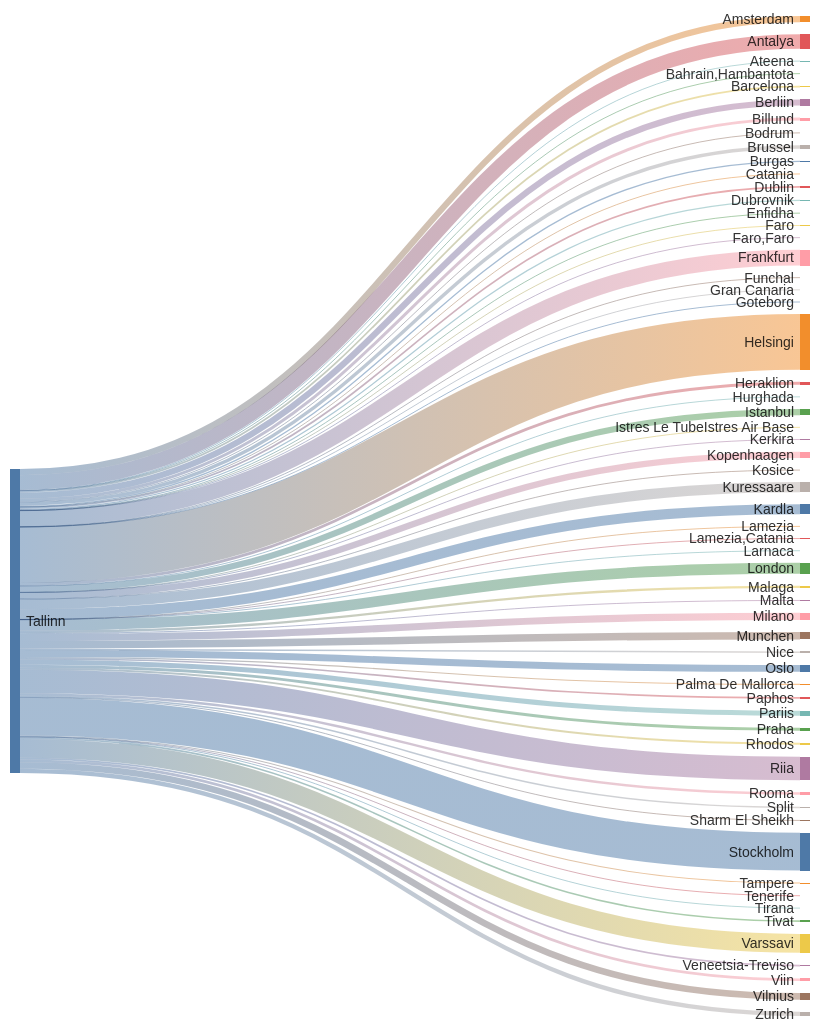
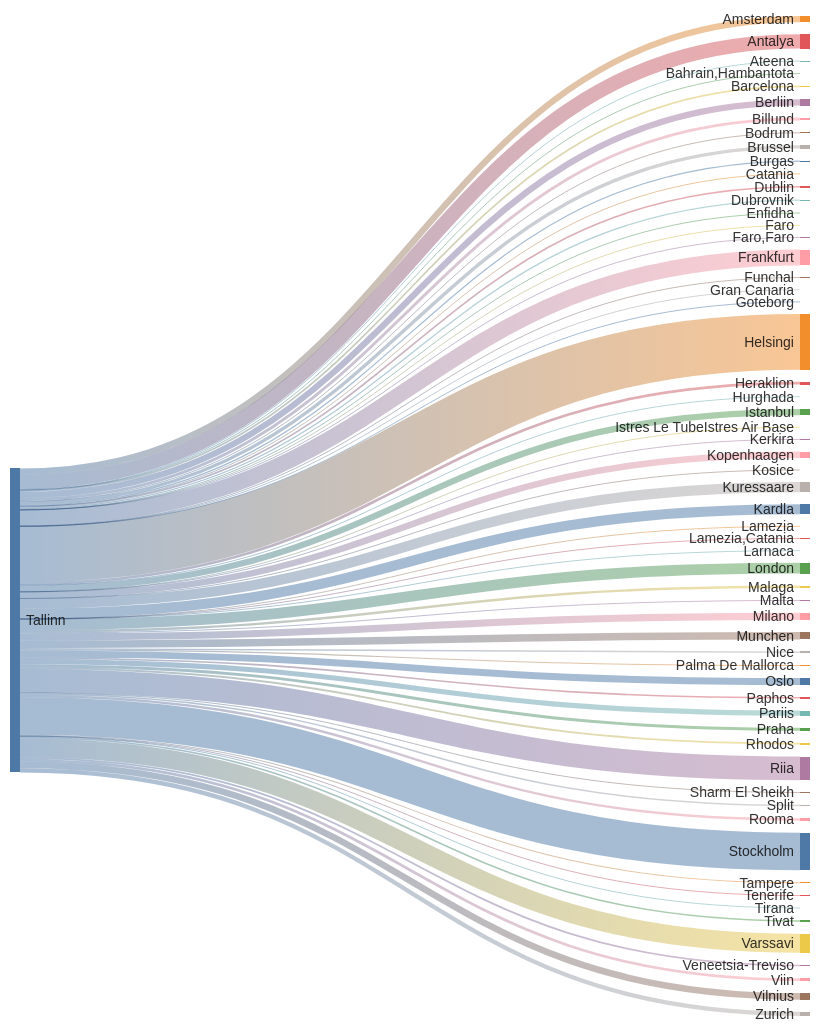
Before and after one commit to rainermesi/tll-airport-departures: the second of 2 diagrams in README.md, drawn with Mermaid. The commit also changed other lines of this file, not shown here.

````diff
--- a/README.md
+++ b/README.md
@@ -34,72 +34,72 @@
 ```mermaid
 ---
 config:
   sankey:
     showValues: false
     width: 800
     height: 1000
 ---
 sankey-beta
 %% source,target,value
-Tallinn,Amsterdam,103
-Tallinn,Antalya,241
+Tallinn,Amsterdam,105
+Tallinn,Antalya,242
 Tallinn,Ateena,16
 Tallinn,"Bahrain,Hambantota",1
 Tallinn,Barcelona,29
-Tallinn,Berliin,104
+Tallinn,Berliin,105
 Tallinn,Billund,49
 Tallinn,Bodrum,11
 Tallinn,Brussel,57
 Tallinn,Burgas,21
 Tallinn,Catania,2
 Tallinn,Dublin,28
 Tallinn,Dubrovnik,21
 Tallinn,Enfidha,7
 Tallinn,Faro,4
 Tallinn,"Faro,Faro",1
-Tallinn,Frankfurt,265
+Tallinn,Frankfurt,268
 Tallinn,Funchal,3
 Tallinn,Gran Canaria,4
 Tallinn,Goteborg,1
-Tallinn,Helsingi,932
+Tallinn,Helsingi,940
 Tallinn,Heraklion,46
 Tallinn,Hurghada,7
-Tallinn,Istanbul,104
+Tallinn,Istanbul,105
 Tallinn,Istres Le TubeIstres Air Base,2
 Tallinn,Kerkira,4
-Tallinn,Kopenhaagen,107
+Tallinn,Kopenhaagen,108
 Tallinn,Kosice,1
-Tallinn,Kuressaare,169
-Tallinn,Kardla,169
+Tallinn,Kuressaare,171
+Tallinn,Kardla,171
 Tallinn,Lamezia,1
 Tallinn,"Lamezia,Catania",3
 Tallinn,Larnaca,4
-Tallinn,London,180
-Tallinn,Malaga,40
+Tallinn,London,182
+Tallinn,Malaga,41
 Tallinn,Malta,14
-Tallinn,Milano,118
+Tallinn,Milano,119
 Tallinn,Munchen,126
 Tallinn,Nice,25
-Tallinn,Oslo,115
+Tallinn,Oslo,116
 Tallinn,Palma De Mallorca,19
-Tallinn,Paphos,27
-Tallinn,Pariis,86
+Tallinn,Paphos,28
+Tallinn,Pariis,87
 Tallinn,Praha,49
 Tallinn,Rhodos,32
-Tallinn,Riia,393
+Tallinn,Riia,397
 Tallinn,Rooma,41
 Tallinn,Sharm El Sheikh,9
 Tallinn,Split,25
-Tallinn,Stockholm,632
+Tallinn,Stockholm,635
 Tallinn,Tampere,17
-Tallinn,Tenerife,5
+Tallinn,Tenerife,6
 Tallinn,Tirana,8
 Tallinn,Tivat,26
-Tallinn,Varssavi,314
-Tallinn,Veneetsia-Treviso,28
-Tallinn,Viin,45
-Tallinn,Vilnius,110
+Tallinn,Varssavi,318
+Tallinn,Veneetsia-Treviso,29
+Tallinn,Viin,46
+Tallinn,Vilnius,111
 Tallinn,Zurich,72
 
 
 ```
````
